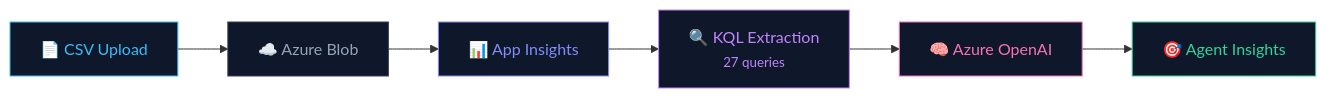
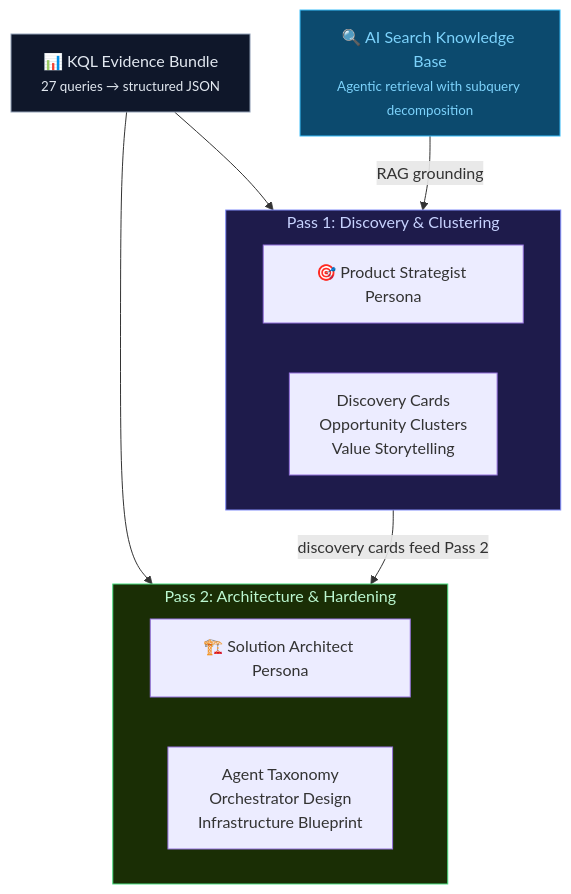
The first of 3 diagrams in README.md (Maxymibus/usage-telemetry), drawn with Mermaid before and after one commit. The commit also changed other lines of this file and 1 other file, not shown here.

````diff
--- a/README.md
+++ b/README.md
@@ -28,15 +33,27 @@
 ```mermaid
-graph LR
-    A["📄 CSV Upload"] --> B["☁️ Azure Blob"]
-    B --> C["📊 App Insights"]
-    C --> D["🔍 KQL Extraction<br/><small>27 queries</small>"]
-    D --> E["🧠 Azure OpenAI"]
-    E --> F["🎯 Agent Insights"]
+graph TB
+    Evidence["📊 KQL Evidence Bundle<br/><small>27 queries → structured JSON</small>"]
+    KB["🔍 AI Search Knowledge Base<br/><small>Agentic retrieval with subquery decomposition</small>"]
 
-    style A fill:#0f172a,stroke:#38bdf8,color:#38bdf8
-    style B fill:#0f172a,stroke:#334155,color:#94a3b8
-    style C fill:#0f172a,stroke:#818cf8,color:#818cf8
-    style D fill:#0f172a,stroke:#c084fc,color:#c084fc
-    style E fill:#0f172a,stroke:#f472b6,color:#f472b6
-    style F fill:#0f172a,stroke:#34d399,color:#34d399
+    subgraph Pass1["Pass 1: Discovery & Clustering"]
+        direction LR
+        P1sys["🎯 Product Strategist Persona"]
+        P1out["Discovery Cards<br/>Opportunity Clusters<br/>Value Storytelling"]
+    end
+
+    subgraph Pass2["Pass 2: Architecture & Hardening"]
+        direction LR
+        P2sys["🏗️ Solution Architect Persona"]
+        P2out["Agent Taxonomy<br/>Orchestrator Design<br/>Infrastructure Blueprint"]
+    end
+
+    Evidence --> Pass1
+    KB -->|"RAG grounding"| Pass1
+    Evidence --> Pass2
+    Pass1 -->|"discovery cards feed Pass 2"| Pass2
+
+    style Pass1 fill:#1e1b4b,stroke:#818cf8,color:#c7d2fe
+    style Pass2 fill:#1a2e05,stroke:#4ade80,color:#bbf7d0
+    style KB fill:#0c4a6e,stroke:#38bdf8,color:#7dd3fc
+    style Evidence fill:#0f172a,stroke:#94a3b8,color:#e2e8f0
 ```
````
